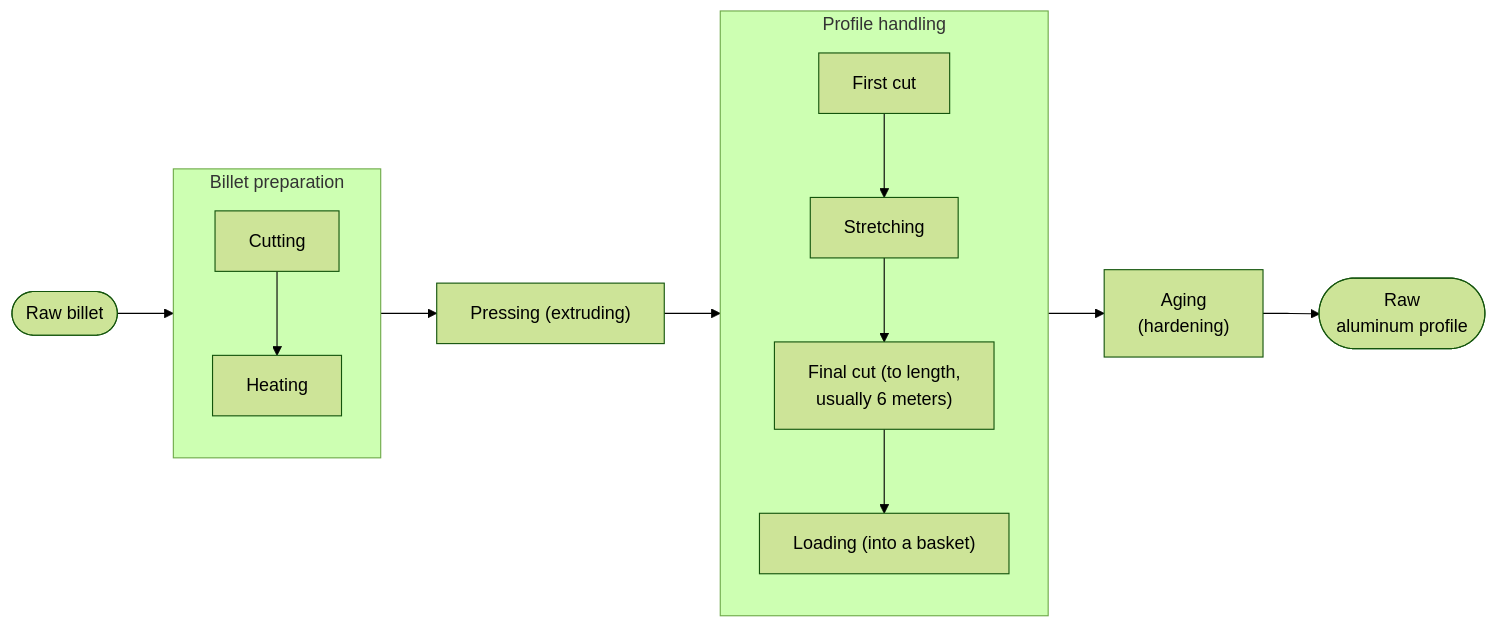
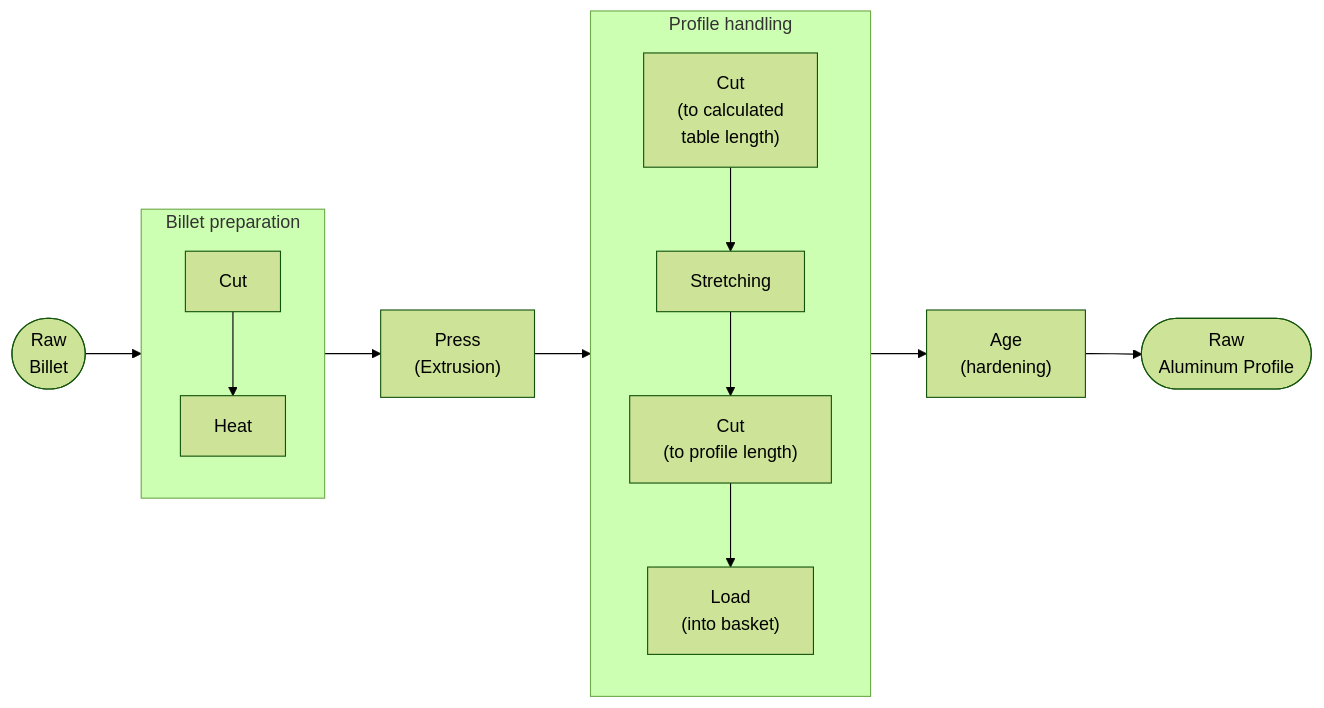
One commit to danderbas/aluminadb changed the first of 2 diagrams in docs/industrial_process.md. Above: the diagram before and after it, drawn with Mermaid (forest theme). The commit also changed other lines of this file, not shown here.

````diff
--- a/docs/industrial_process.md
+++ b/docs/industrial_process.md
@@ -19,23 +19,23 @@
 ```mermaid
 flowchart LR
-    billet(["Raw billet"])
+    billet(["Raw<br/>Billet"])
     subgraph prep["Billet preparation"]
         direction TB
-        cutting["Cutting"]
-        heating["Heating"]
+        cutting["Cut"]
+        heating["Heat"]
         cutting --> heating
     end
-    pressing["Pressing (extruding)"]
+    pressing["Press<br/>(Extrusion)"]
     subgraph handling["Profile handling"]
         direction TB
-        firstcut["First cut"]
+        firstcut["Cut<br/>(to calculated<br/>table length)"]
         stretching["Stretching"]
-        finalcut["Final cut (to length,<br/>usually 6 meters)"]
-        loading["Loading (into a basket)"]
+        finalcut["Cut<br/>(to profile length)"]
+        loading["Load<br/>(into basket)"]
         firstcut --> stretching --> finalcut --> loading
     end
-    aging["Aging<br/>(hardening)"]
-    profile(["Raw<br/>aluminum profile"])
+    aging["Age<br/>(hardening)"]
+    profile(["Raw<br/>Aluminum Profile"])
 
     billet --> prep --> pressing --> handling --> aging --> profile
 ```
````
